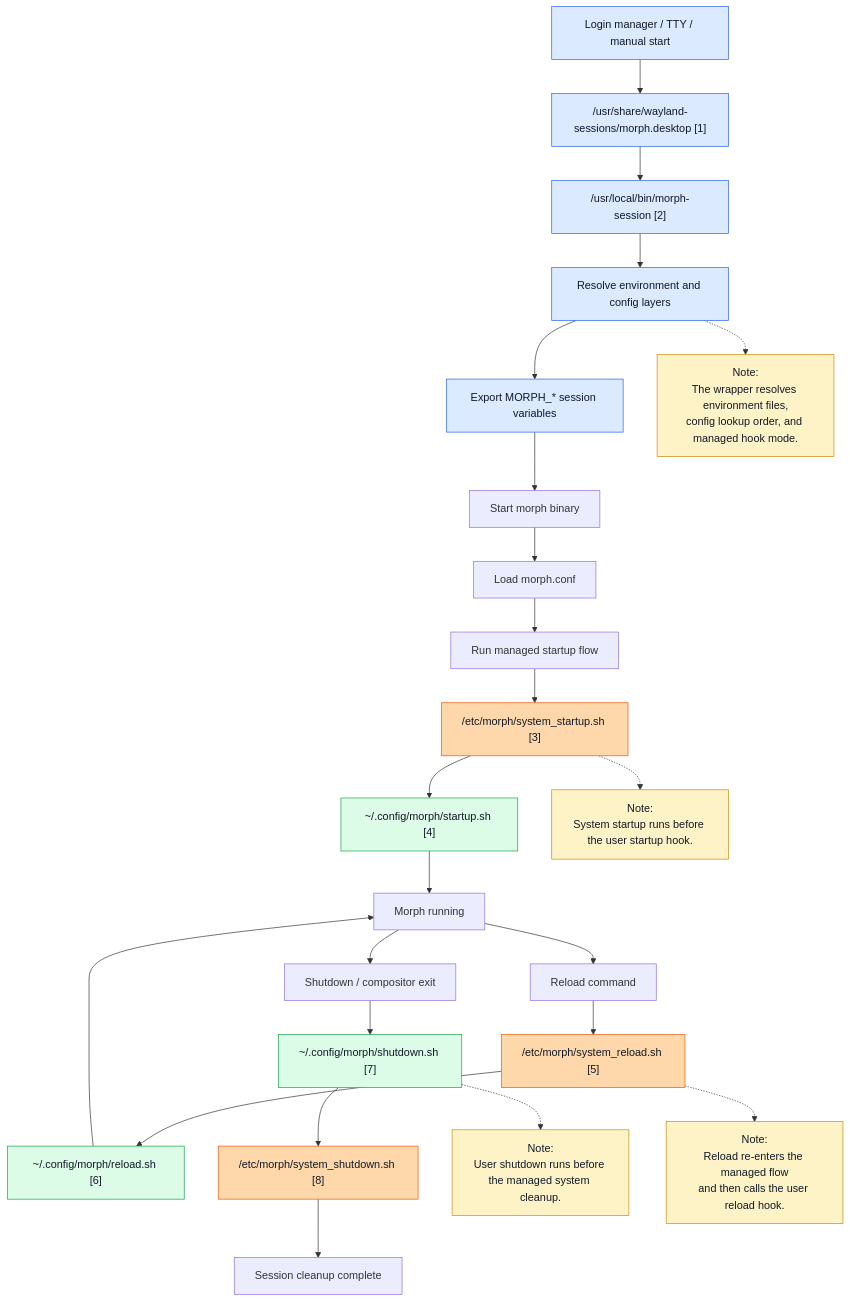
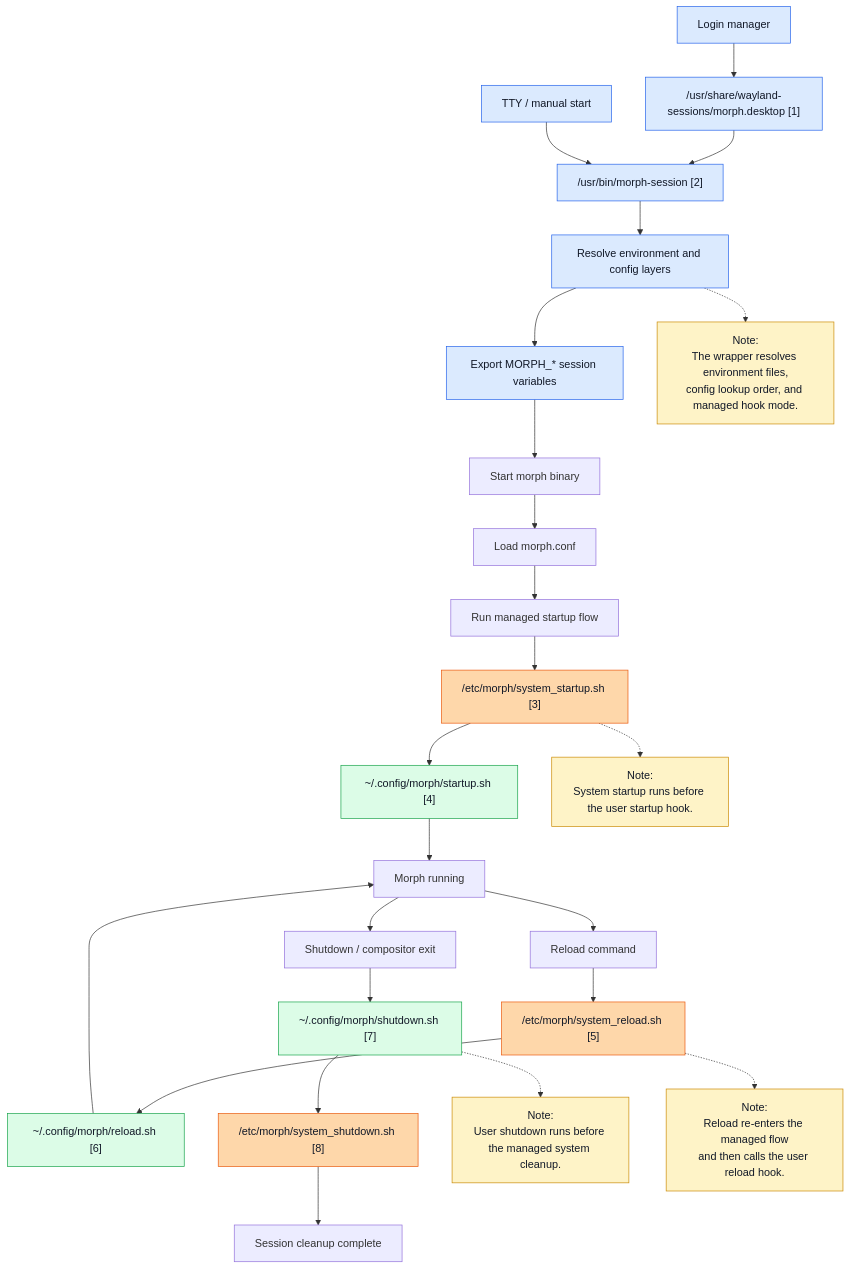
One commit to Nightshade-DE/Morph changed the first of 7 diagrams in docs/OVERVIEW.md. Above: the diagram before and after it, drawn with Mermaid. The commit also changed other lines of this file and 23 other files, not shown here.

````diff
--- a/docs/OVERVIEW.md
+++ b/docs/OVERVIEW.md
@@ -107,52 +108,55 @@
 ```mermaid
 flowchart TD
-    A["Login manager / TTY / manual start"]
+    A["Login manager"]
+    A2["TTY / manual start"]
     B["/usr/share/wayland-sessions/morph.desktop [1]"]
-    C["/usr/local/bin/morph-session [2]"]
+    C["/usr/bin/morph-session [2]"]
     D["Resolve environment and config layers"]
     E["Export MORPH_* session variables"]
     F["Start morph binary"]
     G["Load morph.conf"]
     H["Run managed startup flow"]
     I["/etc/morph/system_startup.sh [3]"]
     J["~/.config/morph/startup.sh [4]"]
     K["Morph running"]
     L["Reload command"]
     M["/etc/morph/system_reload.sh [5]"]
     N["~/.config/morph/reload.sh [6]"]
     O["Shutdown / compositor exit"]
     P["~/.config/morph/shutdown.sh [7]"]
     Q["/etc/morph/system_shutdown.sh [8]"]
     R["Session cleanup complete"]
 
     X1["Note:
 The wrapper resolves environment files,
 config lookup order, and managed hook mode."]
     X2["Note:
 System startup runs before the user startup hook."]
     X3["Note:
 User shutdown runs before the managed system cleanup."]
     X4["Note:
 Reload re-enters the managed flow
 and then calls the user reload hook."]
 
-    A --> B --> C --> D --> E --> F --> G --> H
+    A --> B --> C
+    A2 --> C
+    C --> D --> E --> F --> G --> H
     H --> I --> J --> K
     K --> L --> M --> N --> K
     K --> O --> P --> Q --> R
 
     D -.-> X1
     I -.-> X2
     P -.-> X3
     M -.-> X4
 
     classDef wrapper fill:#dbeafe,stroke:#2563eb,stroke-width:1px,color:#111827;
     classDef userhook fill:#dcfce7,stroke:#16a34a,stroke-width:1px,color:#111827;
     classDef systemhook fill:#fed7aa,stroke:#ea580c,stroke-width:1px,color:#111827;
     classDef note fill:#fef3c7,stroke:#ca8a04,stroke-width:1px,color:#111827;
 
-    class A,B,C,D,E wrapper;
+    class A,A2,B,C,D,E wrapper;
     class J,N,P userhook;
     class I,M,Q systemhook;
     class X1,X2,X3,X4 note;
 ```
````
